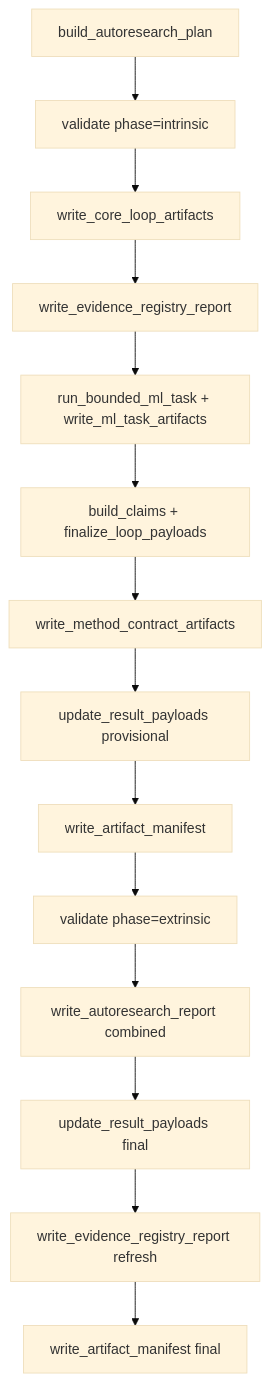
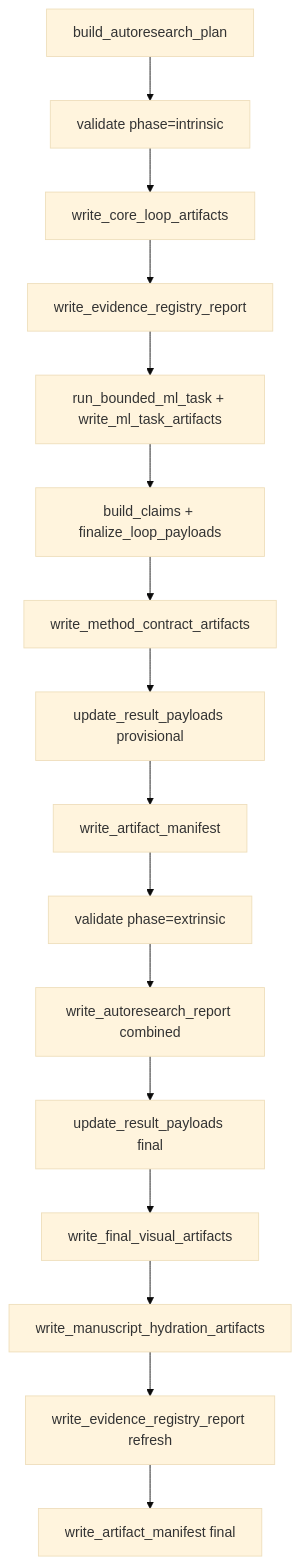
One commit to docxology/template changed the diagram in projects/template_autoresearch_project/README.md. Above: the diagram before and after it, drawn with Mermaid (base theme). The commit also changed other lines of this file and 94 other files, not shown here.

````diff
--- a/projects/template_autoresearch_project/README.md
+++ b/projects/template_autoresearch_project/README.md
@@ -39,16 +48,18 @@
 ```mermaid
 flowchart TB
   plan[build_autoresearch_plan] --> intrinsic[validate phase=intrinsic]
   intrinsic --> core[write_core_loop_artifacts]
   core --> registry1[write_evidence_registry_report]
   registry1 --> ml[run_bounded_ml_task + write_ml_task_artifacts]
   ml --> claims[build_claims + finalize_loop_payloads]
   claims --> methods[write_method_contract_artifacts]
   methods --> update1[update_result_payloads provisional]
   update1 --> manifest1[write_artifact_manifest]
   manifest1 --> extrinsic[validate phase=extrinsic]
   extrinsic --> readiness[write_autoresearch_report combined]
   readiness --> update2[update_result_payloads final]
-  update2 --> registry2[write_evidence_registry_report refresh]
+  update2 --> visuals[write_final_visual_artifacts]
+  visuals --> hydrate[write_manuscript_hydration_artifacts]
+  hydrate --> registry2[write_evidence_registry_report refresh]
   registry2 --> manifest2[write_artifact_manifest final]
 ```
````
